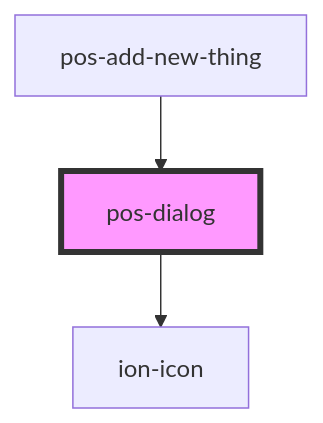
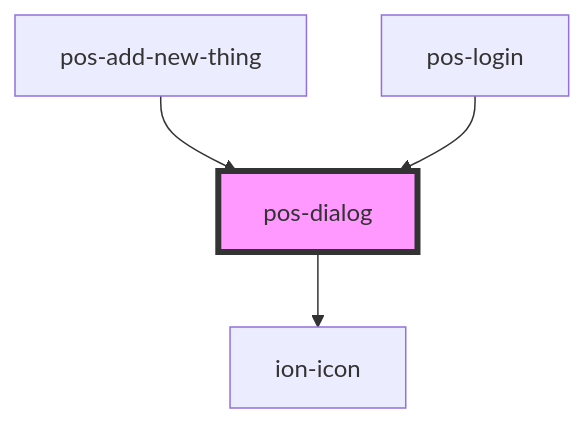
One commit to pod-os/PodOS changed the diagram in docs/elements/components/pos-dialog/readme.md. Above: the diagram before and after it, drawn with Mermaid. The commit also changed other lines of this file and 5 other files, not shown here.

````diff
--- a/docs/elements/components/pos-dialog/readme.md
+++ b/docs/elements/components/pos-dialog/readme.md
@@ -46,6 +47,7 @@
 ```mermaid
 graph TD;
   pos-dialog --> ion-icon
   pos-add-new-thing --> pos-dialog
+  pos-login --> pos-dialog
   style pos-dialog fill:#f9f,stroke:#333,stroke-width:4px
 ```
````
